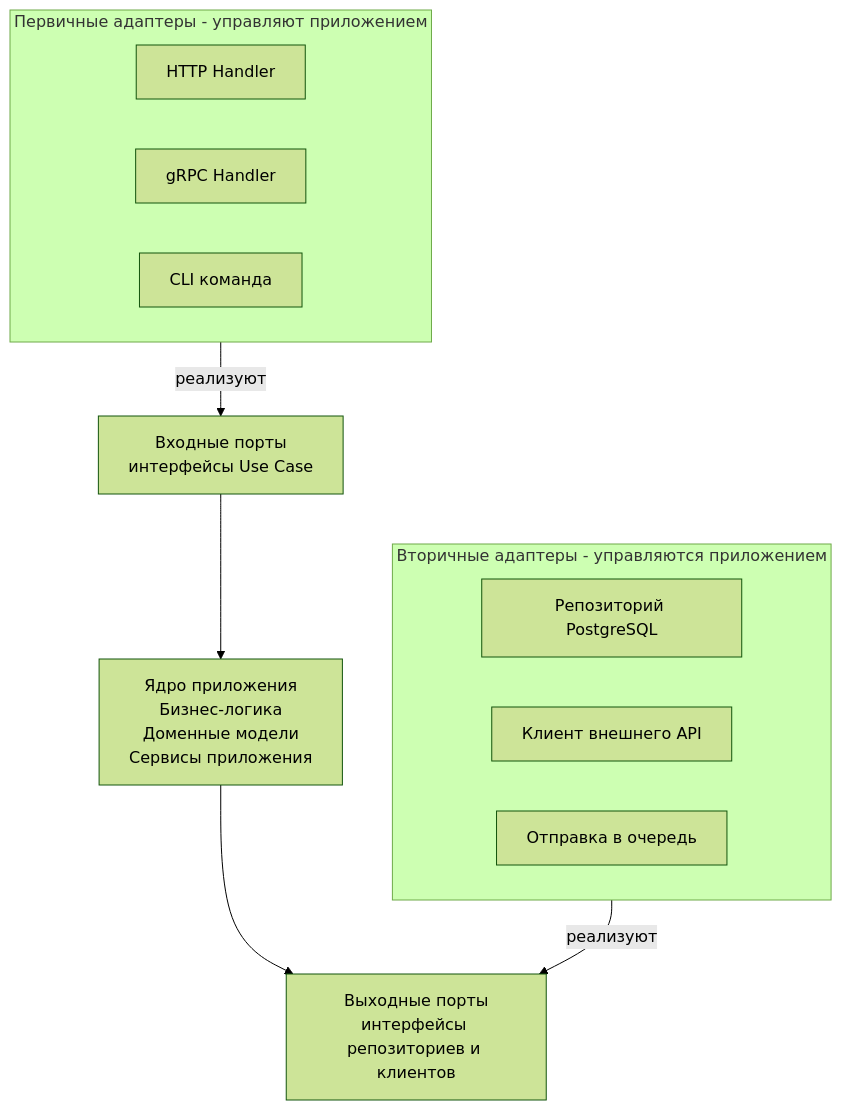
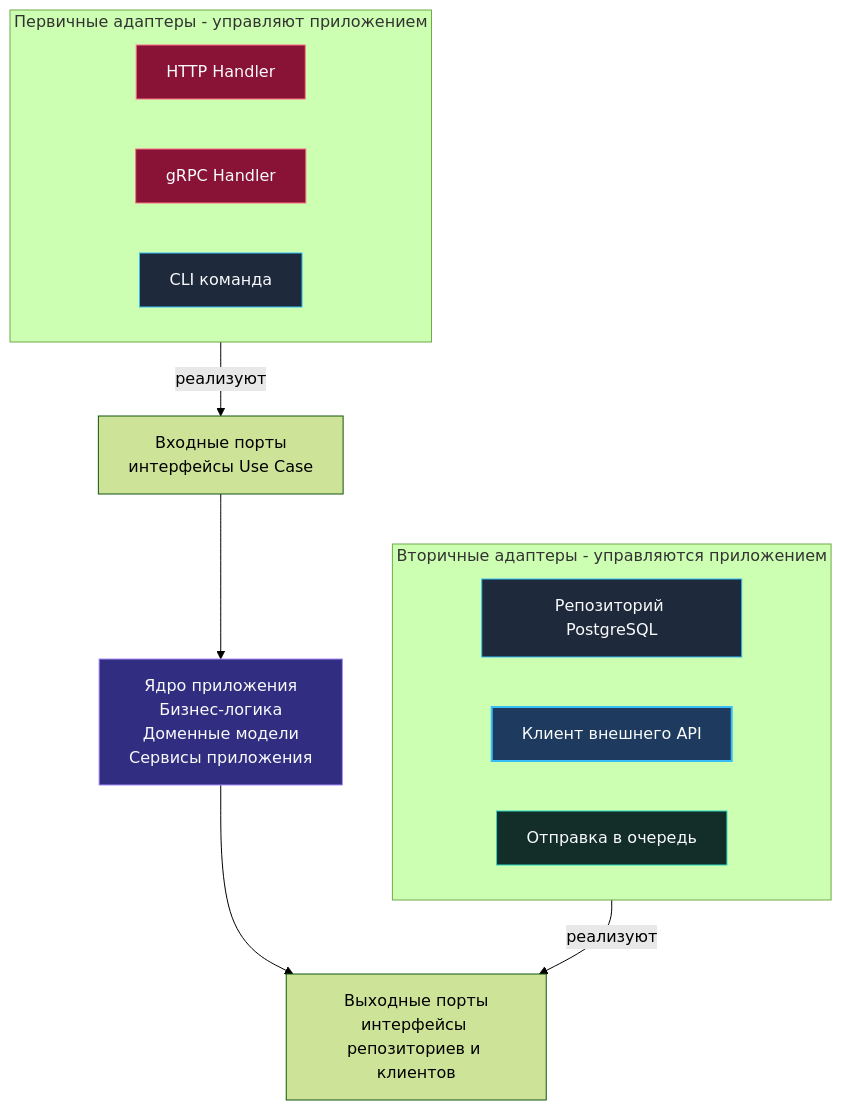
The diagram in sources/11. Архитектура и System Design/13. Hexagonal Architecture. Ports and Adapters.md (UnrealTemplier/go-textbook), drawn with Mermaid (forest theme) before and after one commit. The commit also changed 1666 other files, not shown here.

First line of the commit message:
feat(mermaid): add semantic color classDef to 1369 colorless flowchart/graph diagrams

````diff
--- a/sources/11. Архитектура и System Design/13. Hexagonal Architecture. Ports and Adapters.md
+++ b/sources/11. Архитектура и System Design/13. Hexagonal Architecture. Ports and Adapters.md
@@ -24,22 +24,32 @@
 ```mermaid
 flowchart TD
-    Core["Ядро приложения<br>Бизнес-логика<br>Доменные модели<br>Сервисы приложения"]
+    classDef process  fill:#1e293b,stroke:#38bdf8,stroke-width:1px,color:#f8fafc
+    classDef success  fill:#064e3b,stroke:#34d399,stroke-width:1px,color:#f8fafc
+    classDef error    fill:#7f1d1d,stroke:#f87171,stroke-width:1px,color:#f8fafc
+    classDef warning  fill:#78350f,stroke:#fbbf24,stroke-width:1px,color:#f8fafc
+    classDef entry    fill:#1e3a5f,stroke:#38bdf8,stroke-width:2px,color:#f8fafc
+    classDef aux      fill:#334155,stroke:#64748b,stroke-width:1px,color:#f8fafc
+    classDef system   fill:#312e81,stroke:#a78bfa,stroke-width:1px,color:#f8fafc
+    classDef data     fill:#132d29,stroke:#2dd4bf,stroke-width:1px,color:#f8fafc
+    classDef network  fill:#881337,stroke:#fb7185,stroke-width:1px,color:#f8fafc
+    classDef accent   fill:#1e1b4b,stroke:#818cf8,stroke-width:1px,color:#f8fafc
+    Core["Ядро приложения<br>Бизнес-логика<br>Доменные модели<br>Сервисы приложения"]:::system
     
     subgraph Primary["Первичные адаптеры - управляют приложением"]
-        HTTP["HTTP Handler"]
-        GRPC["gRPC Handler"]
-        CLI["CLI команда"]
+        HTTP["HTTP Handler"]:::network
+        GRPC["gRPC Handler"]:::network
+        CLI["CLI команда"]:::process
     end
     
     subgraph Secondary["Вторичные адаптеры - управляются приложением"]
-        DB["Репозиторий PostgreSQL"]
-        API["Клиент внешнего API"]
-        Queue["Отправка в очередь"]
+        DB["Репозиторий PostgreSQL"]:::process
+        API["Клиент внешнего API"]:::entry
+        Queue["Отправка в очередь"]:::data
     end
     
     Primary -->|"реализуют"| InPorts["Входные порты<br>интерфейсы Use Case"]
     Secondary -->|"реализуют"| OutPorts["Выходные порты<br>интерфейсы репозиториев и клиентов"]
     
     InPorts --> Core
     Core --> OutPorts
 ```
````
